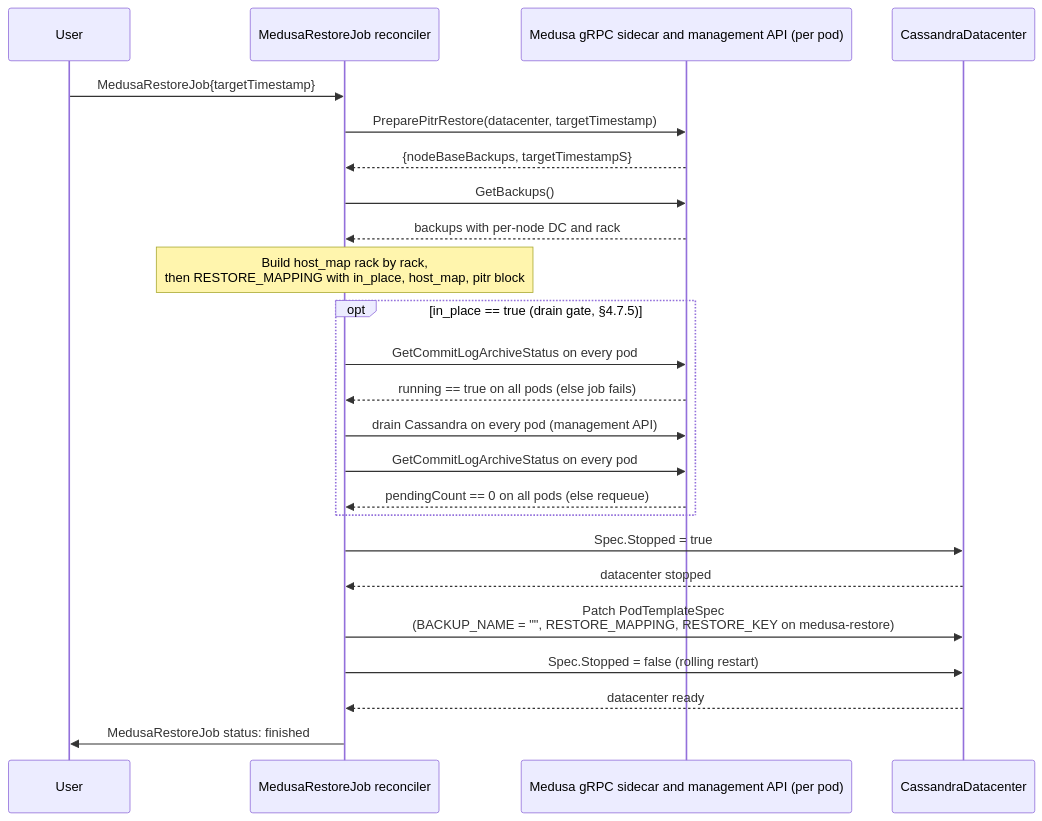
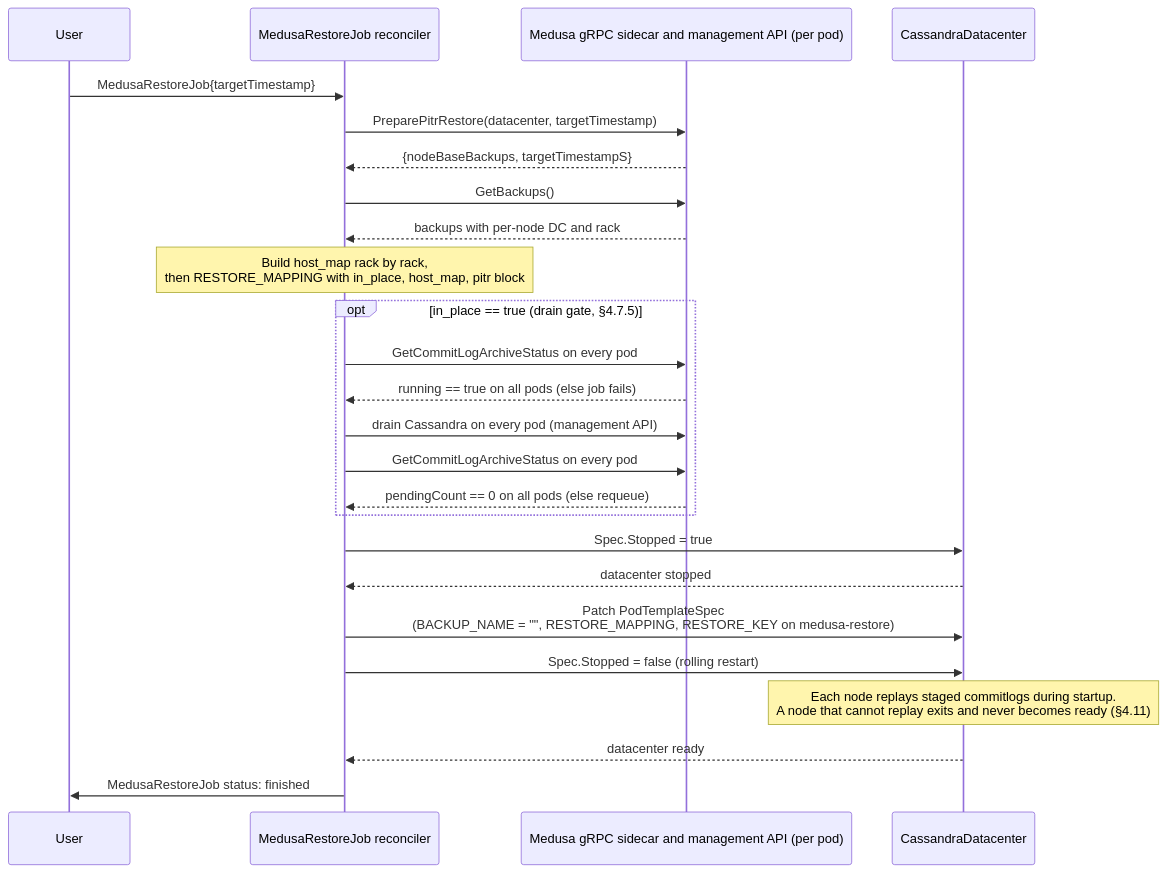
One commit to k8ssandra/k8ssandra-operator changed the second of 2 diagrams in dev-docs/designs/pitr-k8ssandra-operator-design.md. Above: the diagram before and after it, drawn with Mermaid. The commit also changed other lines of this file, not shown here.

````diff
--- a/dev-docs/designs/pitr-k8ssandra-operator-design.md
+++ b/dev-docs/designs/pitr-k8ssandra-operator-design.md
@@ -147,27 +148,28 @@
 ```mermaid
 sequenceDiagram
     participant User
     participant Reconciler as MedusaRestoreJob reconciler
     participant Medusa as Medusa gRPC sidecar and management API (per pod)
     participant DC as CassandraDatacenter
 
     User->>Reconciler: MedusaRestoreJob{targetTimestamp}
     Reconciler->>Medusa: PreparePitrRestore(datacenter, targetTimestamp)
     Medusa-->>Reconciler: {nodeBaseBackups, targetTimestampS}
     Reconciler->>Medusa: GetBackups()
     Medusa-->>Reconciler: backups with per-node DC and rack
     Note over Reconciler: Build host_map rack by rack,<br>then RESTORE_MAPPING with in_place, host_map, pitr block
     opt in_place == true (drain gate, §4.7.5)
         Reconciler->>Medusa: GetCommitLogArchiveStatus on every pod
         Medusa-->>Reconciler: running == true on all pods (else job fails)
         Reconciler->>Medusa: drain Cassandra on every pod (management API)
         Reconciler->>Medusa: GetCommitLogArchiveStatus on every pod
         Medusa-->>Reconciler: pendingCount == 0 on all pods (else requeue)
     end
     Reconciler->>DC: Spec.Stopped = true
     DC-->>Reconciler: datacenter stopped
     Reconciler->>DC: Patch PodTemplateSpec<br>(BACKUP_NAME = "", RESTORE_MAPPING, RESTORE_KEY on medusa-restore)
     Reconciler->>DC: Spec.Stopped = false (rolling restart)
+    Note over DC: Each node replays staged commitlogs during startup.<br>A node that cannot replay exits and never becomes ready (§4.11)
     DC-->>Reconciler: datacenter ready
     Reconciler->>User: MedusaRestoreJob status: finished
 ```
````
